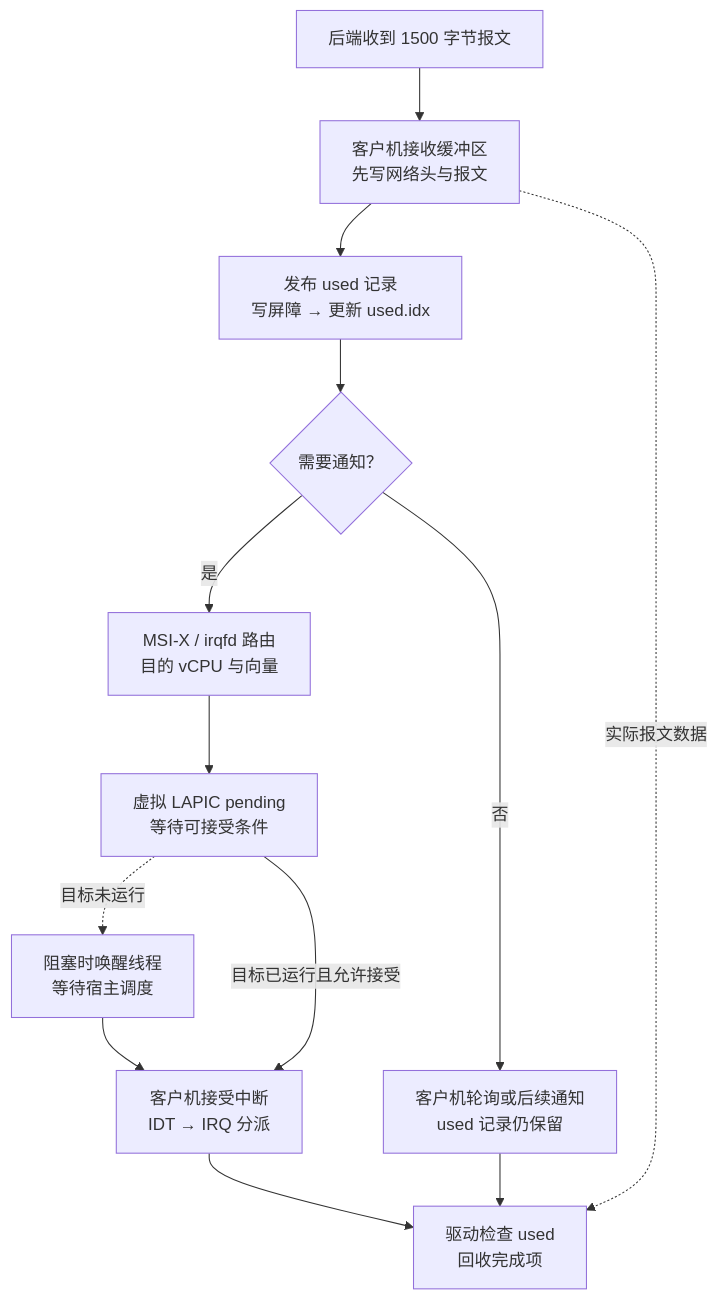
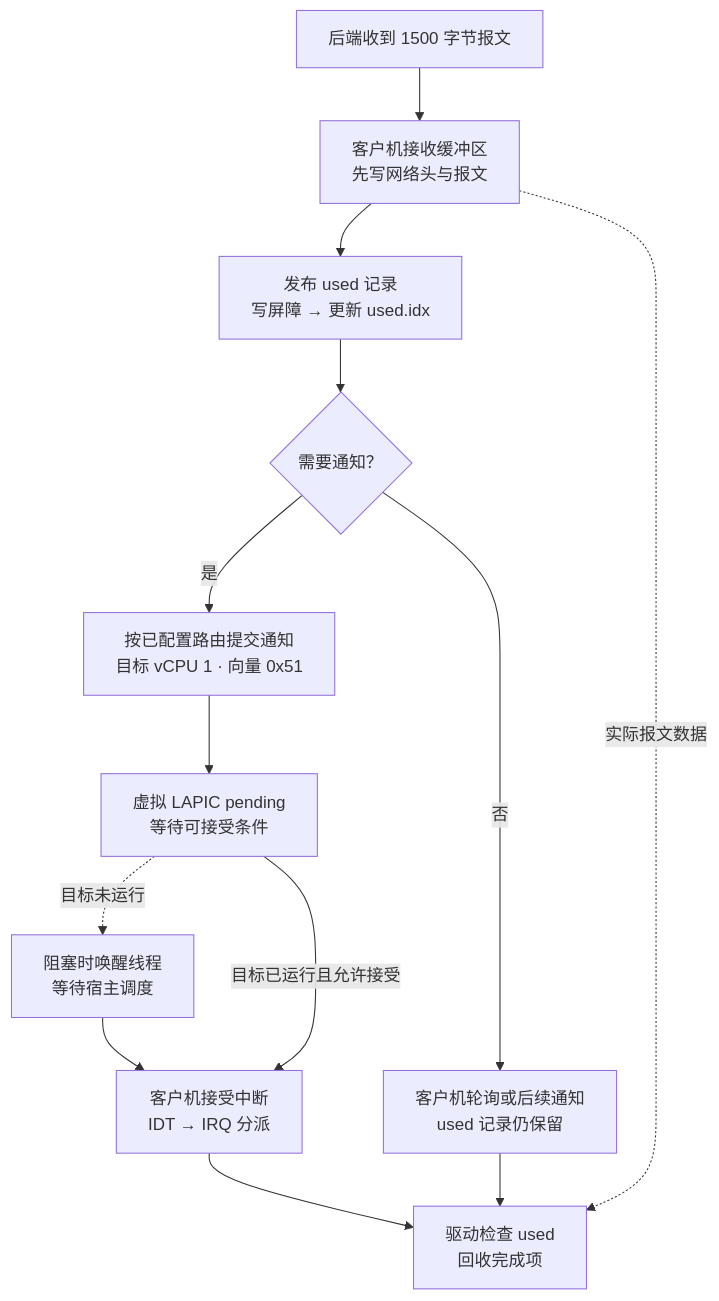
The diagram in virt_report/content/diagrams/interrupt-delivery-overview.mmd (taifuer/virt_report), drawn with Mermaid before and after one commit. The commit also changed 165 other files, not shown here.

First line of the commit message:
补充虚拟化设备与嵌套执行原理并完善交互图解

```diff
--- a/virt_report/content/diagrams/interrupt-delivery-overview.mmd
+++ b/virt_report/content/diagrams/interrupt-delivery-overview.mmd
@@ -1,15 +1,15 @@
 flowchart TB
     accTitle: 从设备完成到客户机驱动处理
     accDescr: 完成记录先于通知发布，通知按路由进入虚拟 LAPIC 并等待客户机接受。vCPU 阻塞时需要先唤醒宿主线程；客户机驱动最终读取 used 队列确定完成项。
     C["后端收到 1500 字节报文"] --> B["客户机接收缓冲区<br/>先写网络头与报文"]
     B --> U["发布 used 记录<br/>写屏障 → 更新 used.idx"]
     U --> N{"需要通知？"}
-    N -->|是| R["MSI-X / irqfd 路由<br/>目的 vCPU 与向量"]
+    N -->|是| R["按已配置路由提交通知<br/>目标 vCPU 1 · 向量 0x51"]
     N -->|否| P["客户机轮询或后续通知<br/>used 记录仍保留"]
     R --> L["虚拟 LAPIC pending<br/>等待可接受条件"]
     L -. "目标未运行" .-> W["阻塞时唤醒线程<br/>等待宿主调度"]
     W --> A["客户机接受中断<br/>IDT → IRQ 分派"]
     L -->|目标已运行且允许接受| A
     A --> D["驱动检查 used<br/>回收完成项"]
     P --> D
     B -. 实际报文数据 .-> D
```
